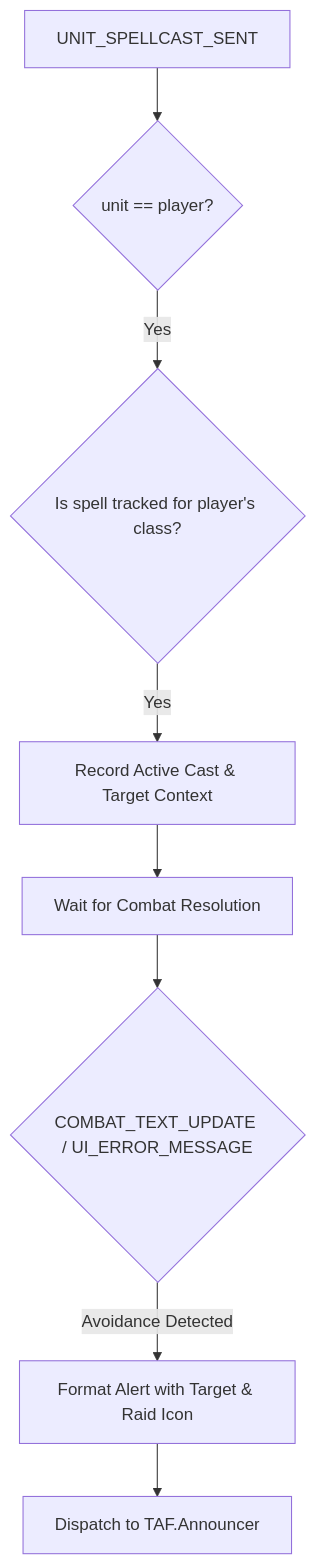
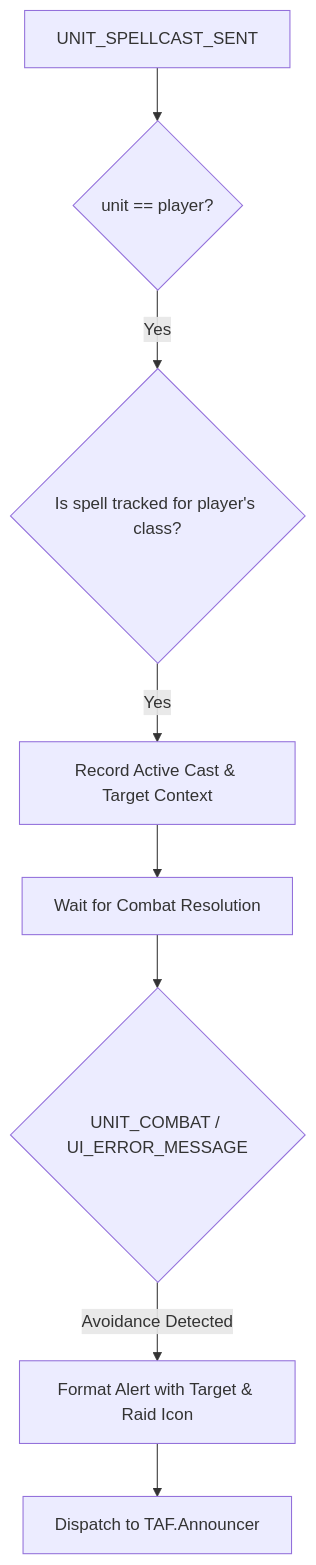
The diagram in DESIGN.md (Azuriel-stream/TankAlertForever), drawn with Mermaid before and after one commit. The commit also changed other lines of this file and 10 other files, not shown here.

````diff
--- a/DESIGN.md
+++ b/DESIGN.md
@@ -93,10 +92,10 @@
   ```mermaid
   flowchart TD
       A[UNIT_SPELLCAST_SENT] --> B{unit == player?}
       B -- Yes --> C{Is spell tracked for player's class?}
       C -- Yes --> D[Record Active Cast & Target Context]
       D --> E[Wait for Combat Resolution]
-      E --> F{COMBAT_TEXT_UPDATE / UI_ERROR_MESSAGE}
+      E --> F{UNIT_COMBAT / UI_ERROR_MESSAGE}
       F -- Avoidance Detected --> G[Format Alert with Target & Raid Icon]
       G --> H[Dispatch to TAF.Announcer]
   ```
````
